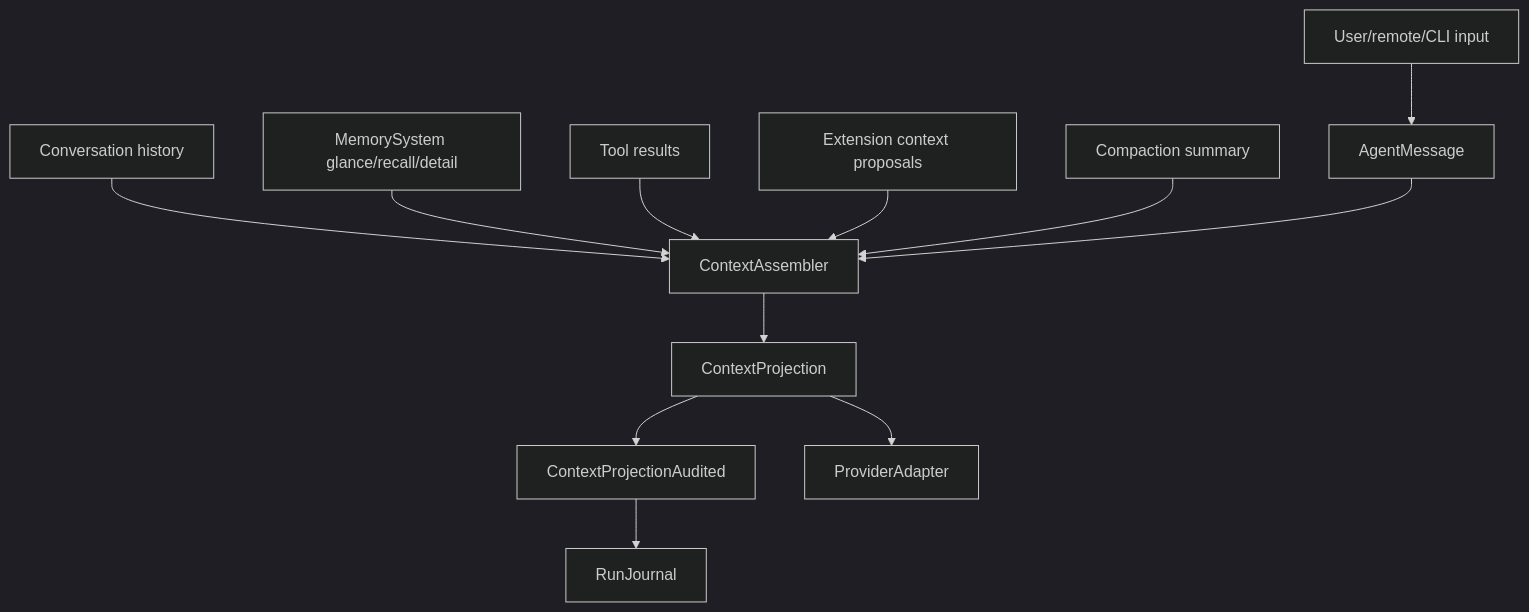
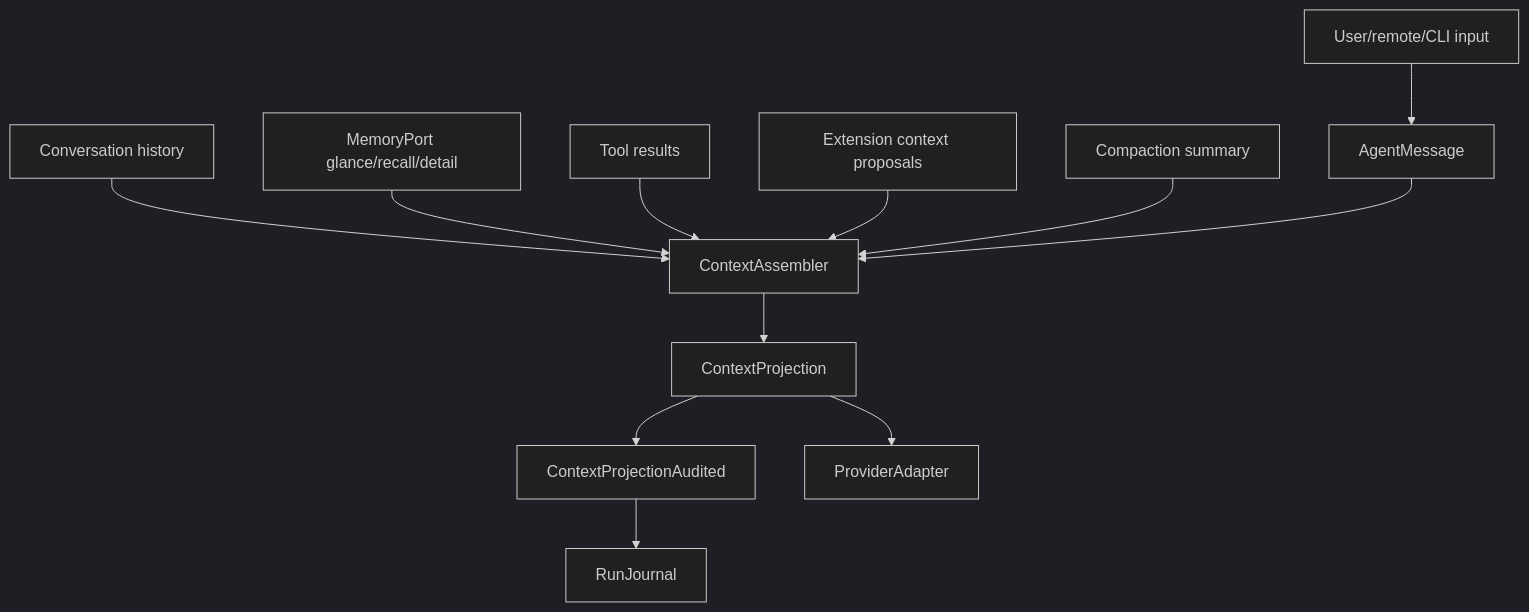
The first of 3 diagrams in docs/examples/memory-context-compaction.md (heyclawdia/clawdia_sdk), drawn with Mermaid (dark theme) before and after one commit. The commit also changed other lines of this file and 66 other files, not shown here.

````diff
--- a/docs/examples/memory-context-compaction.md
+++ b/docs/examples/memory-context-compaction.md
@@ -7,14 +7,14 @@
 ```mermaid
 flowchart TD
   A["User/remote/CLI input"] --> B["AgentMessage"]
   C["Conversation history"] --> D["ContextAssembler"]
-  E["MemorySystem glance/recall/detail"] --> D
+  E["MemoryPort glance/recall/detail"] --> D
   F["Tool results"] --> D
   G["Extension context proposals"] --> D
   H["Compaction summary"] --> D
   B --> D
   D --> I["ContextProjection"]
   I --> J["ContextProjectionAudited"]
   J --> K["RunJournal"]
   I --> L["ProviderAdapter"]
 ```
````
